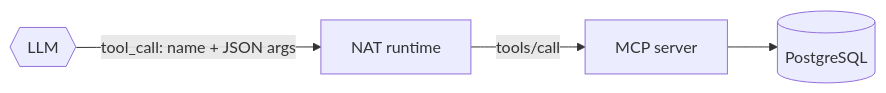
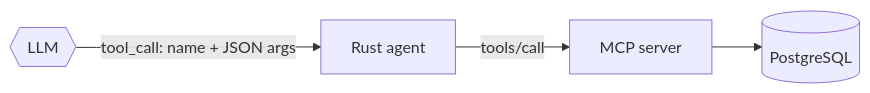
Before and after one commit to cognokratos/simple-agent-template: the first of 2 diagrams in docs/tutorials/02-understand-tool-calling.md, drawn with Mermaid. The commit also changed other lines of this file and 150 other files, not shown here.

First line of the commit message:
Promote the Rig + Rust agent to main and rewrite the curriculum around it (#12)

````diff
--- a/docs/tutorials/02-understand-tool-calling.md
+++ b/docs/tutorials/02-understand-tool-calling.md
@@ -18,6 +18,6 @@
 ```mermaid
 flowchart LR
-    LLM{{LLM}} -->|"tool_call: name + JSON args"| RT[NAT runtime]
+    LLM{{LLM}} -->|"tool_call: name + JSON args"| RT[Rust agent]
     RT -->|"tools/call"| MCP[MCP server]
     MCP --> DB[(PostgreSQL)]
 ```
````
